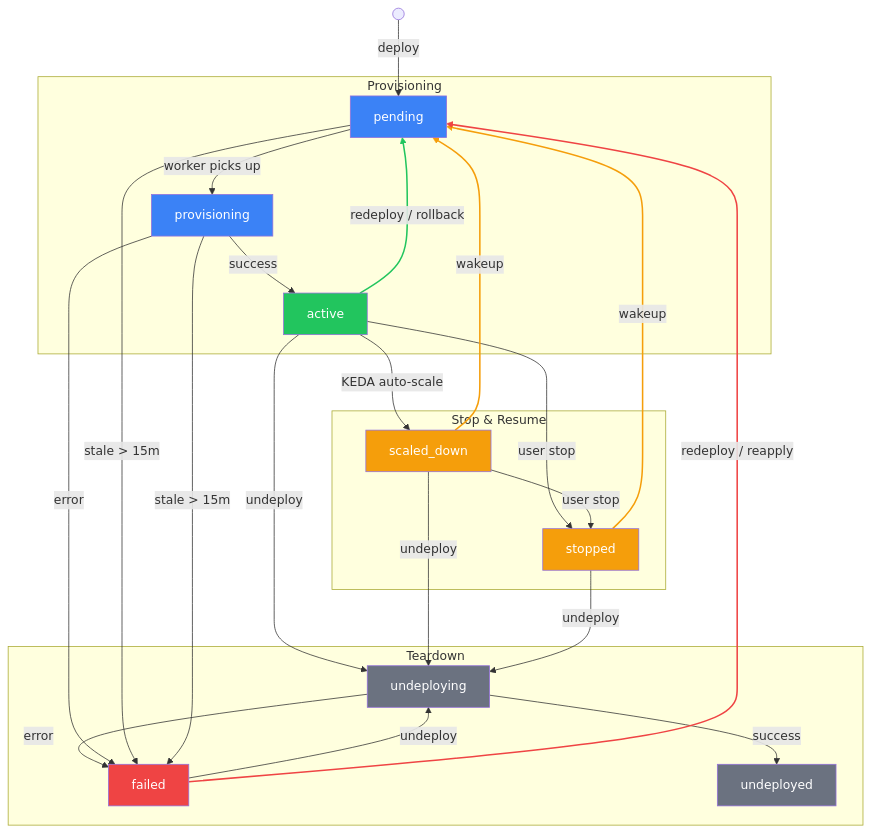
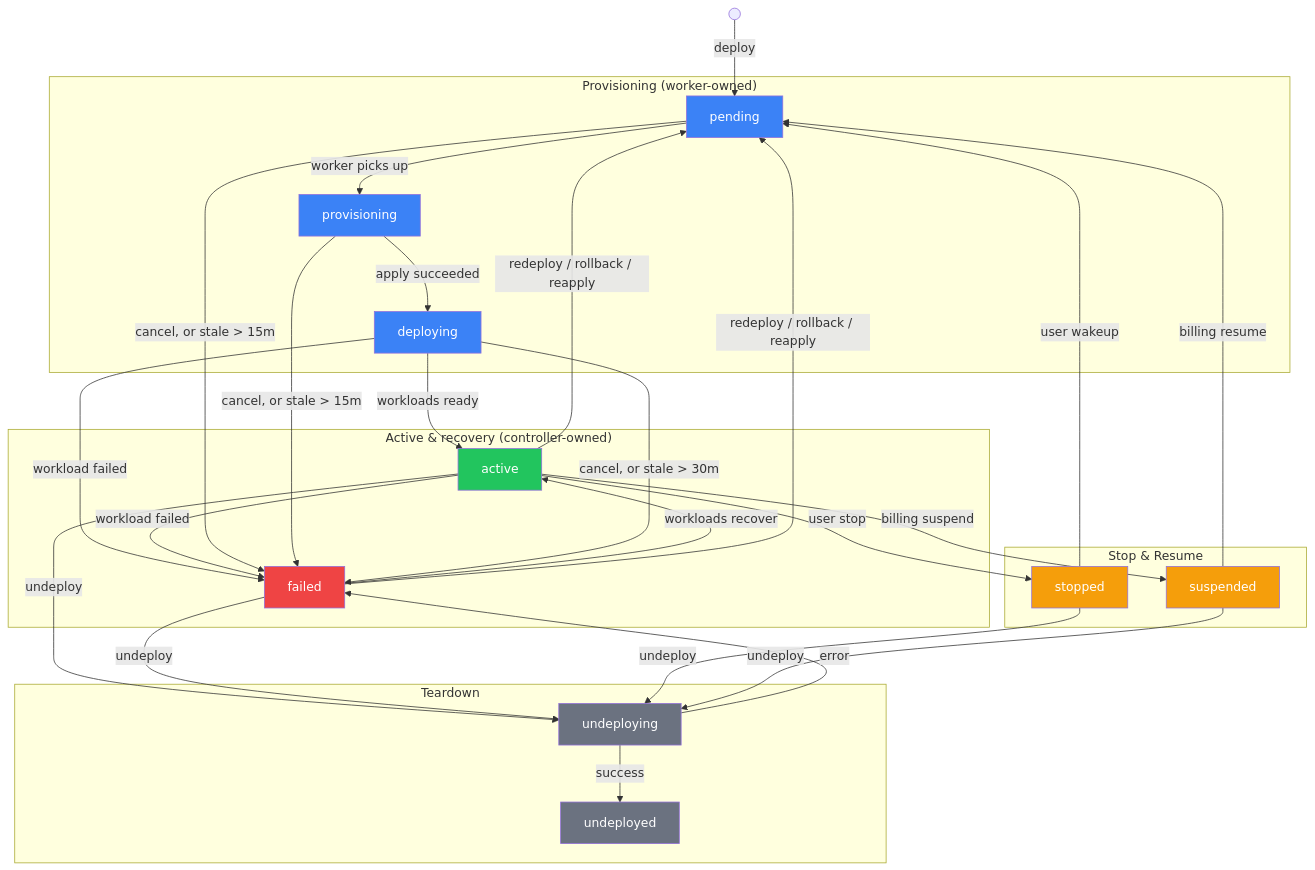
Before and after one commit to astropods/astro-cli: the diagram in docs/03-architecture/deployment-state-machine.md, drawn with Mermaid. The commit also changed other lines of this file and 103 other files, not shown here.

````diff
--- a/docs/03-architecture/deployment-state-machine.md
+++ b/docs/03-architecture/deployment-state-machine.md
@@ -22,46 +35,48 @@
 ```mermaid
 flowchart TD
     new(( )) -->|deploy| pending
 
-    subgraph Provisioning
+    subgraph Provisioning["Provisioning (worker-owned)"]
         pending -->|worker picks up| provisioning
-        provisioning -->|success| active
+        provisioning -->|apply succeeded| deploying
+    end
+
+    subgraph Lifecycle["Active & recovery (controller-owned)"]
+        deploying -->|workloads ready| active
+        deploying -->|workload failed| failed
+        active -->|workload failed| failed
+        failed -->|workloads recover| active
     end
 
     subgraph "Stop & Resume"
-        active -->|KEDA auto-scale| scaled_down
         active -->|user stop| stopped
-        scaled_down -->|user stop| stopped
-        scaled_down -->|wakeup| pending
-        stopped -->|wakeup| pending
+        active -->|billing suspend| suspended
+        stopped -->|user wakeup| pending
+        suspended -->|billing resume| pending
     end
 
     subgraph Teardown
         active -->|undeploy| undeploying
         failed -->|undeploy| undeploying
-        scaled_down -->|undeploy| undeploying
         stopped -->|undeploy| undeploying
+        suspended -->|undeploy| undeploying
         undeploying -->|success| undeployed
         undeploying -->|error| failed
     end
 
-    active -->|redeploy / rollback| pending
-    failed -->|redeploy / reapply| pending
-    provisioning -->|error| failed
-    pending -->|stale &gt; 15m| failed
-    provisioning -->|stale &gt; 15m| failed
+    active -->|redeploy / rollback / reapply| pending
+    failed -->|redeploy / rollback / reapply| pending
+    pending -->|cancel, or stale &gt; 15m| failed
+    provisioning -->|cancel, or stale &gt; 15m| failed
+    deploying -->|cancel, or stale &gt; 30m| failed
 
     style active fill:#22c55e,color:#fff
     style failed fill:#ef4444,color:#fff
     style stopped fill:#f59e0b,color:#fff
-    style scaled_down fill:#f59e0b,color:#fff
+    style suspended fill:#f59e0b,color:#fff
     style undeployed fill:#6b7280,color:#fff
     style pending fill:#3b82f6,color:#fff
     style provisioning fill:#3b82f6,color:#fff
+    style deploying fill:#3b82f6,color:#fff
     style undeploying fill:#6b7280,color:#fff
-
-    linkStyle 6 stroke:#f59e0b,stroke-width:2px
-    linkStyle 7 stroke:#f59e0b,stroke-width:2px
-    linkStyle 14 stroke:#22c55e,stroke-width:2px
-    linkStyle 15 stroke:#ef4444,stroke-width:2px
 ```
````
